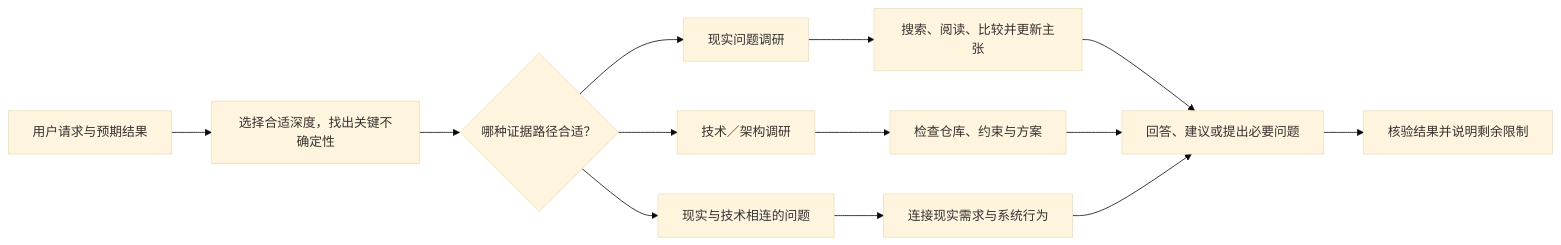
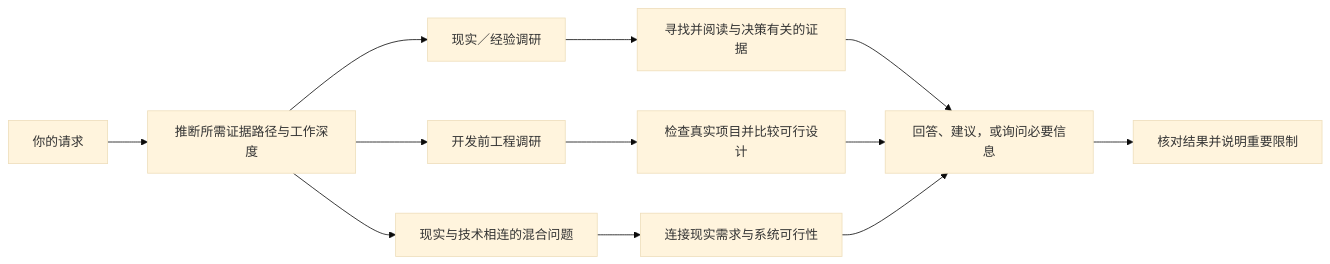
One commit to zy839971925-zyy/Agent--deep-research-Workflow-Skills changed the second of 2 diagrams in README.zh-CN.md. Above: the diagram before and after it, drawn with Mermaid (base theme). The commit also changed other lines of this file and 107 other files, not shown here.

````diff
--- a/README.zh-CN.md
+++ b/README.zh-CN.md
@@ -23,15 +108,14 @@
 ```mermaid
 flowchart LR
-  A[用户请求与预期结果] --> B[选择合适深度，找出关键不确定性]
-  B --> C{哪种证据路径合适？}
-  C --> D[现实问题调研]
-  C --> E[技术／架构调研]
-  C --> F[现实与技术相连的问题]
-  D --> G[搜索、阅读、比较并更新主张]
-  E --> H[检查仓库、约束与方案]
-  F --> I[连接现实需求与系统行为]
-  G --> J[回答、建议或提出必要问题]
-  H --> J
-  I --> J
-  J --> K[核验结果并说明剩余限制]
+  A[你的请求] --> B[推断所需证据路径与工作深度]
+  B --> C[现实／经验调研]
+  B --> D[开发前工程调研]
+  B --> E[现实与技术相连的混合问题]
+  C --> F[寻找并阅读与决策有关的证据]
+  D --> G[检查真实项目并比较可行设计]
+  E --> H[连接现实需求与系统可行性]
+  F --> I[回答、建议，或询问必要信息]
+  G --> I
+  H --> I
+  I --> J[核对结果并说明重要限制]
 ```
````
